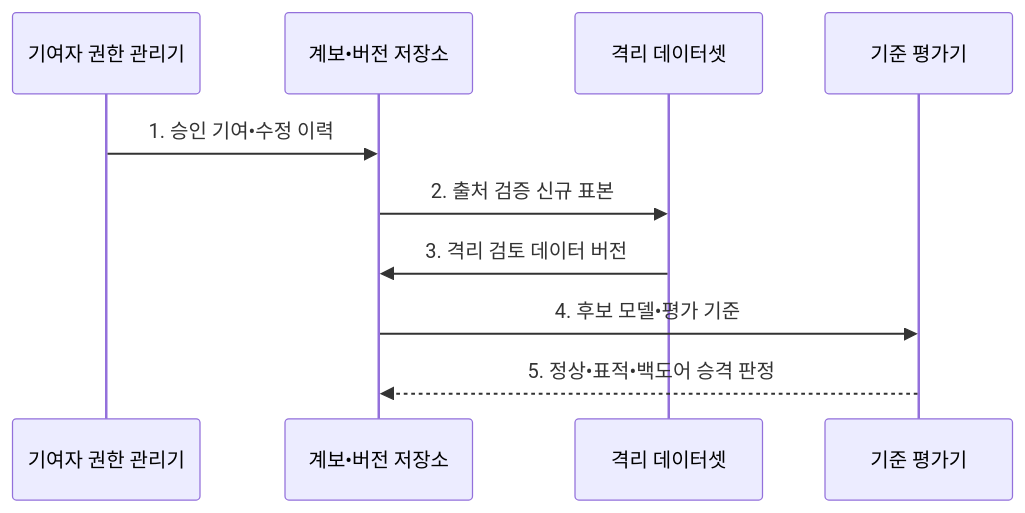
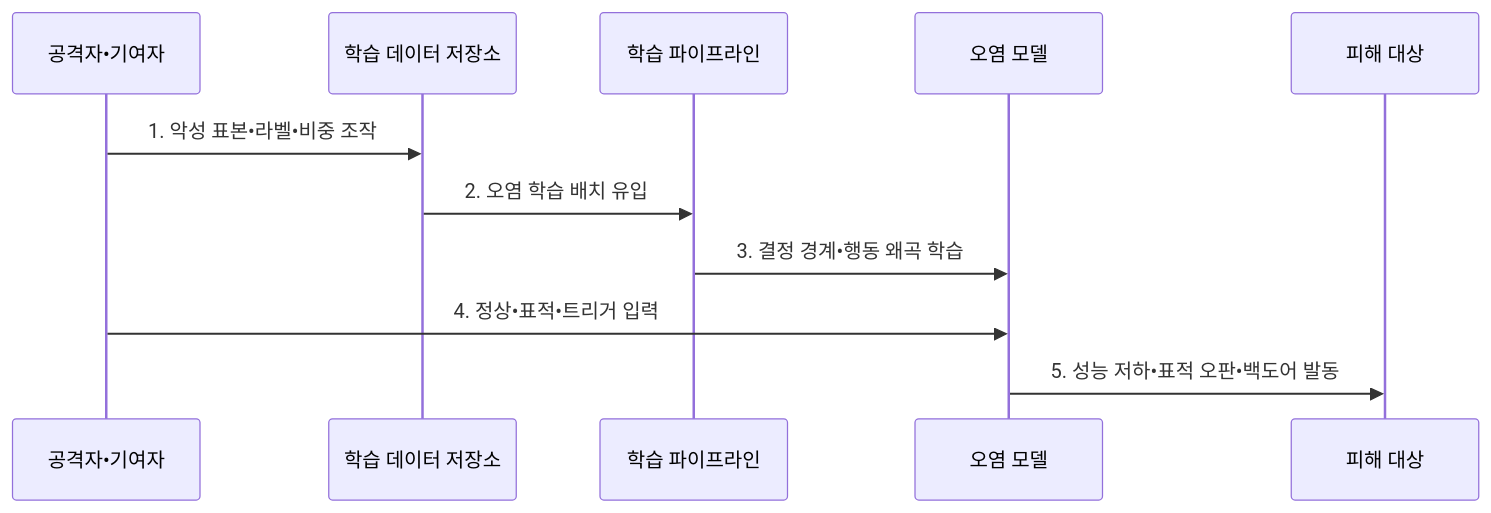
Before and after one commit to agnusdei1207/knowledge-base: the second of 2 diagrams in src/content/docs/notes/08-latest-tech/121_data_poisoning.md, drawn with Mermaid. The commit also changed other lines of this file and 14 other files, not shown here.

````diff
--- a/src/content/docs/notes/08-latest-tech/121_data_poisoning.md
+++ b/src/content/docs/notes/08-latest-tech/121_data_poisoning.md
@@ -104,12 +104,13 @@
 ```mermaid
 sequenceDiagram
-  participant A as 기여자 권한 관리기
-  participant L as 계보•버전 저장소
-  participant Q as 격리 데이터셋
-  participant E as 기준 평가기
-  A->>L: 1. 승인 기여•수정 이력
-  L->>Q: 2. 출처 검증 신규 표본
-  Q->>L: 3. 격리 검토 데이터 버전
-  L->>E: 4. 후보 모델•평가 기준
-  E-->>L: 5. 정상•표적•백도어 승격 판정
+  participant A as 공격자•기여자
+  participant D as 학습 데이터 저장소
+  participant T as 학습 파이프라인
+  participant M as 오염 모델
+  participant V as 피해 대상
+  A->>D: 1. 악성 표본•라벨•비중 조작
+  D->>T: 2. 오염 학습 배치 유입
+  T->>M: 3. 결정 경계•행동 왜곡 학습
+  A->>M: 4. 정상•표적•트리거 입력
+  M->>V: 5. 성능 저하•표적 오판•백도어 발동
 ```
````
